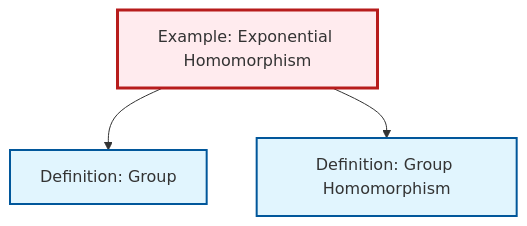
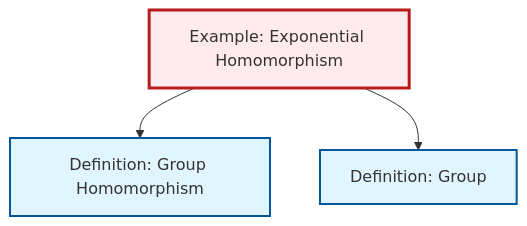
Before and after one commit to RK0429/ModernMath: the diagram in content/en/algebra/ex-exponential-homomorphism.qmd, drawn with Mermaid. The commit also changed other lines of this file and 203 other files, not shown here.

````diff
--- a/content/en/algebra/ex-exponential-homomorphism.qmd
+++ b/content/en/algebra/ex-exponential-homomorphism.qmd
@@ -44,18 +44,15 @@
 ```{mermaid}
 %%| fig-cap: "Local dependency graph"
 graph TD
     classDef definition fill:#e1f5fe,stroke:#01579b,stroke-width:2px
     classDef theorem fill:#f3e5f5,stroke:#4a148c,stroke-width:2px
     classDef axiom fill:#fff3e0,stroke:#e65100,stroke-width:2px
     classDef example fill:#e8f5e9,stroke:#1b5e20,stroke-width:2px
     classDef current fill:#ffebee,stroke:#b71c1c,stroke-width:3px
     def-group["Definition: Group"]:::definition
+    def-homomorphism["Definition: Group Homomorphism"]:::definition
     ex-exponential-homomorphism["Example: Exponential Homomorphism"]:::example
-    def-homomorphism["Definition: Group Homomorphism"]:::definition
+    ex-exponential-homomorphism --> def-homomorphism
     ex-exponential-homomorphism --> def-group
-    ex-exponential-homomorphism --> def-homomorphism
     class ex-exponential-homomorphism current
-
-    click def-group "def-group.html" "Go to Group definition"
-    click def-homomorphism "def-homomorphism.html" "Go to Group Homomorphism definition"
 ```
````
